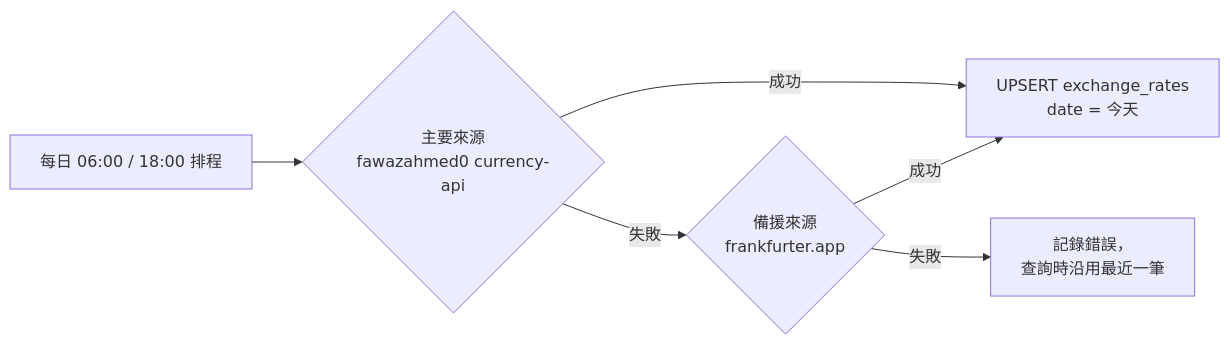
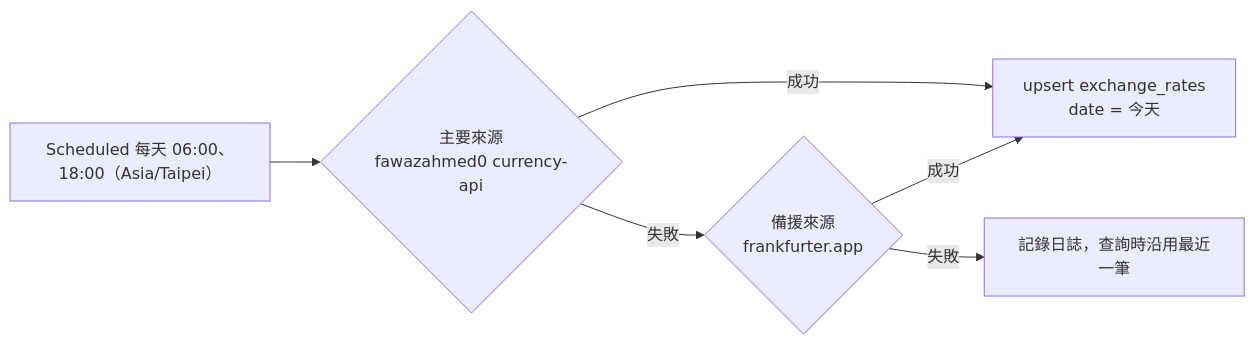
One commit to alexsuze/do-accounts changed the fourth of 6 diagrams in docs/SD.md. Above: the diagram before and after it, drawn with Mermaid. The commit also changed other lines of this file and 3 other files, not shown here.

````diff
--- a/docs/SD.md
+++ b/docs/SD.md
@@ -587,8 +586,8 @@
 ```mermaid
 flowchart LR
-    J[每日 06:00 / 18:00 排程] --> P{主要來源<br/>fawazahmed0 currency-api}
-    P -- 成功 --> S[UPSERT exchange_rates<br/>date = 今天]
+    J["Scheduled 每天 06:00、18:00（Asia/Taipei）"] --> P{主要來源<br/>fawazahmed0 currency-api}
+    P -- 成功 --> S[upsert exchange_rates<br/>date = 今天]
     P -- 失敗 --> B{備援來源<br/>frankfurter.app}
     B -- 成功 --> S
-    B -- 失敗 --> L[記錄錯誤，<br/>查詢時沿用最近一筆]
+    B -- 失敗 --> L[記錄日誌，查詢時沿用最近一筆]
 ```
````
